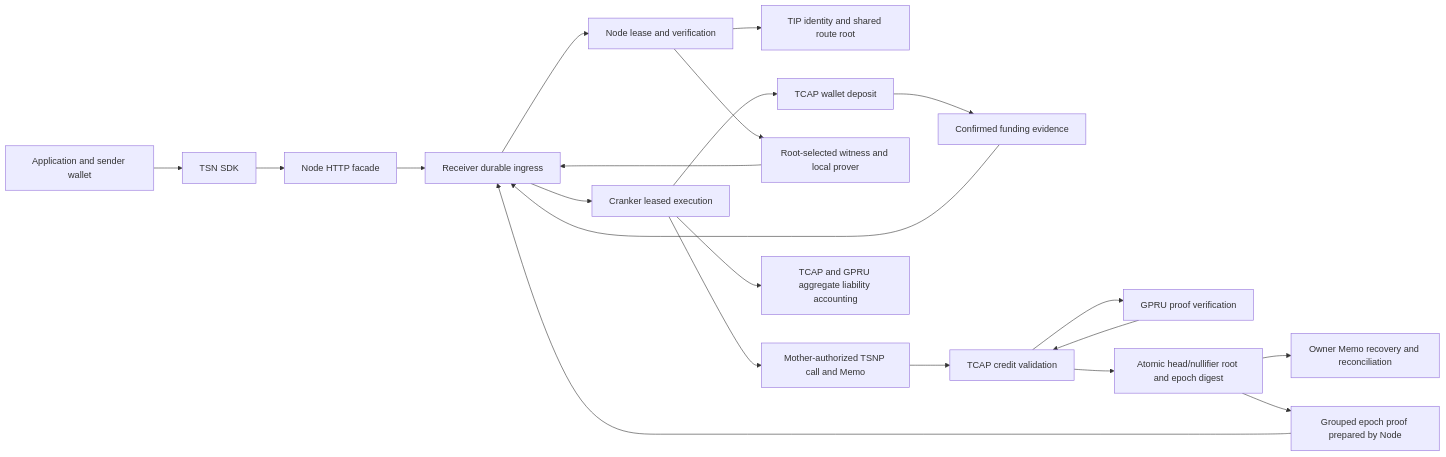
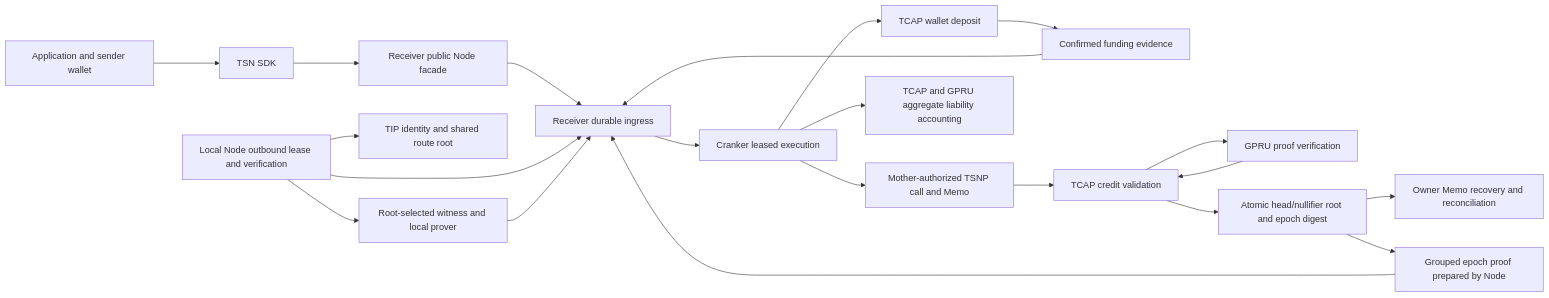
One commit to bigdreamsweb3/trustlink-pay changed the first of 2 diagrams in docs/laboratory/architecture-map.md. Above: the diagram before and after it, drawn with Mermaid. The commit also changed other lines of this file and 363 other files, not shown here.

````diff
--- a/docs/laboratory/architecture-map.md
+++ b/docs/laboratory/architecture-map.md
@@ -13,23 +13,23 @@
 ```mermaid
 flowchart LR
   App[Application and sender wallet] --> SDK[TSN SDK]
-  SDK --> N[Node HTTP facade]
+  SDK --> N[Receiver public Node facade]
   N --> R[Receiver durable ingress]
-  R --> V[Node lease and verification]
+  V[Local Node outbound lease and verification] --> R
   V --> TIP[TIP identity and shared route root]
   R --> C[Cranker leased execution]
   C --> D[TCAP wallet deposit]
   D --> F[Confirmed funding evidence]
   F --> R
   V --> W[Root-selected witness and local prover]
   W --> R
   C --> M[Mother-authorized TSNP call and Memo]
   M --> T[TCAP credit validation]
   T --> G[GPRU proof verification]
   G --> T
   T --> S[Atomic head/nullifier root and epoch digest]
   S --> O[Owner Memo recovery and reconciliation]
   S --> E[Grouped epoch proof prepared by Node]
   E --> R
   C --> Q[TCAP and GPRU aggregate liability accounting]
 ```
````
